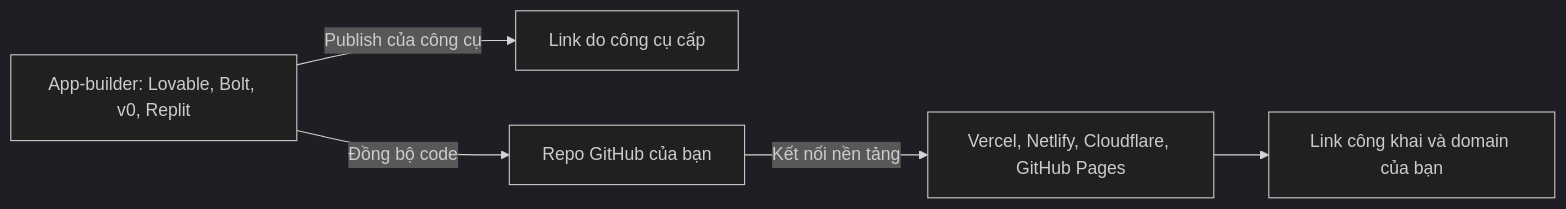
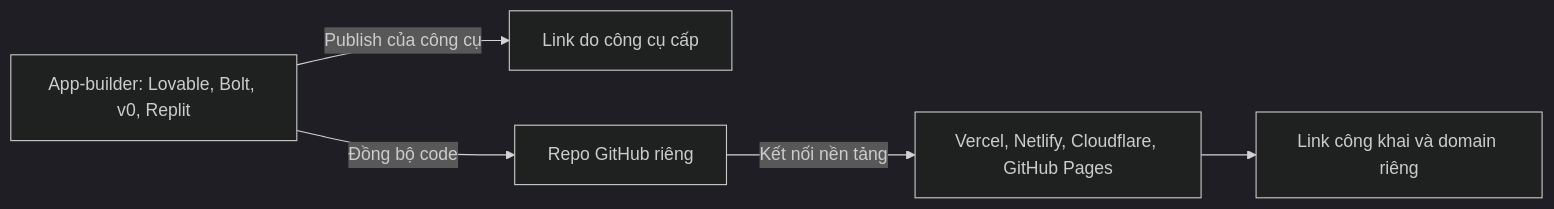
Before and after one commit to TienNHM/devops-course: the diagram in vibe/10-app-builders.md, drawn with Mermaid (dark theme). The commit also changed other lines of this file and 100 other files, not shown here.

````diff
--- a/vibe/10-app-builders.md
+++ b/vibe/10-app-builders.md
@@ -38,7 +38,7 @@
 ```mermaid
 flowchart LR
   A["App-builder: Lovable, Bolt, v0, Replit"] -->|"Publish của công cụ"| B["Link do công cụ cấp"]
-  A -->|"Đồng bộ code"| C["Repo GitHub của bạn"]
+  A -->|"Đồng bộ code"| C["Repo GitHub riêng"]
   C -->|"Kết nối nền tảng"| D["Vercel, Netlify, Cloudflare, GitHub Pages"]
-  D --> E["Link công khai và domain của bạn"]
+  D --> E["Link công khai và domain riêng"]
 ```
````
